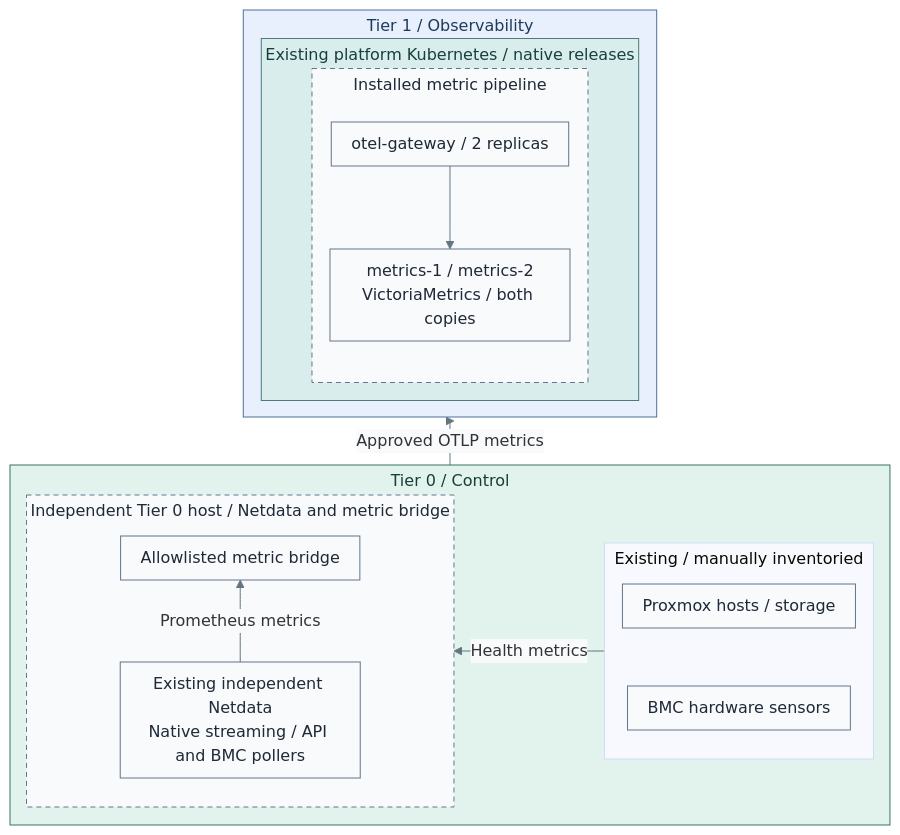
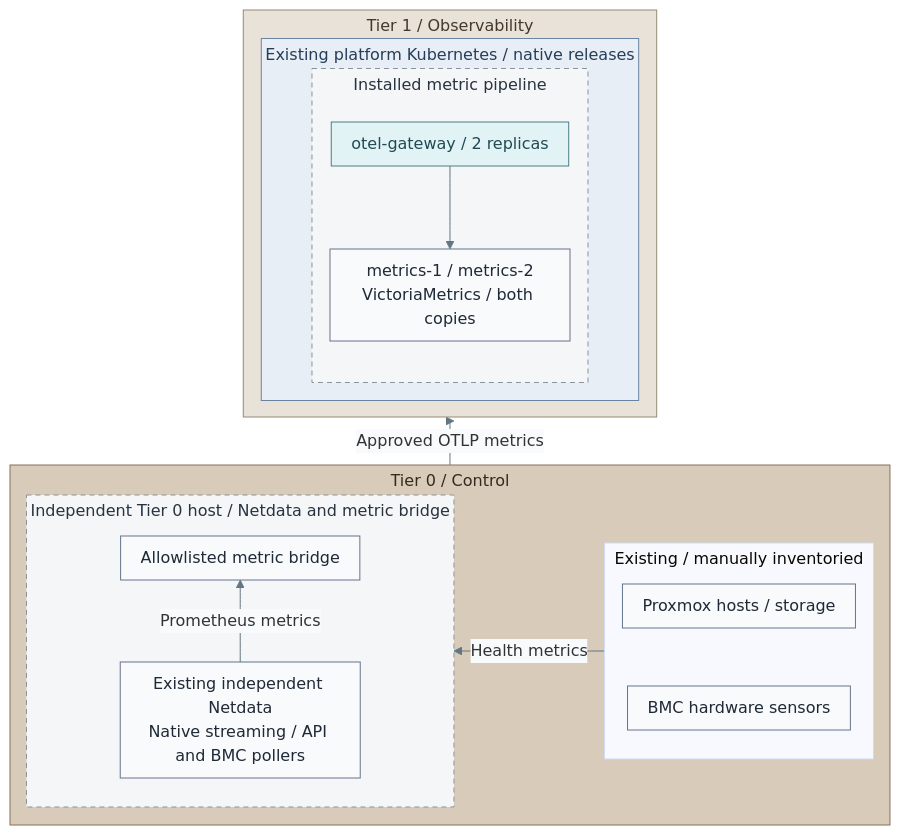
One commit to Rexus/homelab changed the third of 4 diagrams in docs/03-deployment/stage-8-observability/README.md. Above: the diagram before and after it, drawn with Mermaid. The commit also changed other lines of this file and 108 other files, not shown here.

Commit message:
docs(diagrams): unify visual language and opening views

````diff
--- a/docs/03-deployment/stage-8-observability/README.md
+++ b/docs/03-deployment/stage-8-observability/README.md
@@ -394,41 +402,46 @@
 ```mermaid
 %%{init: {"theme":"base","flowchart":{"nodeSpacing":16,"rankSpacing":8,"padding":10,"subGraphTitleMargin":{"top":4,"bottom":8}},"themeVariables":{"lineColor":"#627581","edgeLabelBackground":"#f8fafc"}}}%%
 flowchart BT
   subgraph T1["Tier 1 / Observability"]
     subgraph Cluster["Existing platform Kubernetes / native releases"]
       direction LR
       subgraph Pipeline["Installed metric pipeline"]
         direction TB
         Gateways["otel-gateway / 2 replicas"]
         Metrics["metrics-1 / metrics-2<br/>VictoriaMetrics / both copies"]
         Gateways --> Metrics
       end
     end
   end
   subgraph T0["Tier 0 / Control"]
     direction RL
     subgraph Local["Independent Tier 0 host / Netdata and metric bridge"]
       direction BT
       Parent["Existing independent Netdata<br/>Native streaming / API and BMC pollers"]
       Export["Allowlisted metric bridge"]
       Parent -->|Prometheus metrics| Export
     end
     subgraph Inputs["Existing / manually inventoried"]
       direction TB
       Hosts["Proxmox hosts / storage"]
       BMC["BMC hardware sensors"]
       Hosts ~~~ BMC
     end
     Inputs -->|Health metrics| Local
   end
   T0 ---->|Approved OTLP metrics| T1
   classDef default fill:#f8fafc,stroke:#64748b,color:#1f2937
   classDef services fill:#e7f0fc,stroke:#4d719b,color:#203a5b
   classDef runtime fill:#d9eeec,stroke:#4d7b77,color:#173f3e
   classDef control fill:#e2f3ed,stroke:#397366,color:#173f36
-  classDef replicas fill:#f8fafc,stroke:#64748b,color:#1f2937,stroke-dasharray:5 4
-  class T1 services
-  class Cluster runtime
-  class T0 control
+  classDef replicas fill:#f5f6f7,stroke:#89939e,color:#273340,stroke-dasharray:5 4
   class Pipeline,Local replicas
+  classDef kubernetes fill:#e8eef6,stroke:#6b83a3,color:#263d59
+  class Cluster kubernetes
+  classDef traffic fill:#e1f3f5,stroke:#4c7f88,color:#214a52
+  class Gateways traffic
+  classDef tier0 fill:#d8cbb9,stroke:#83715a,color:#352a1e
+  class T0 tier0
+  classDef tier1 fill:#e9e2d8,stroke:#968976,color:#44382a
+  class T1 tier1
 ```
````
